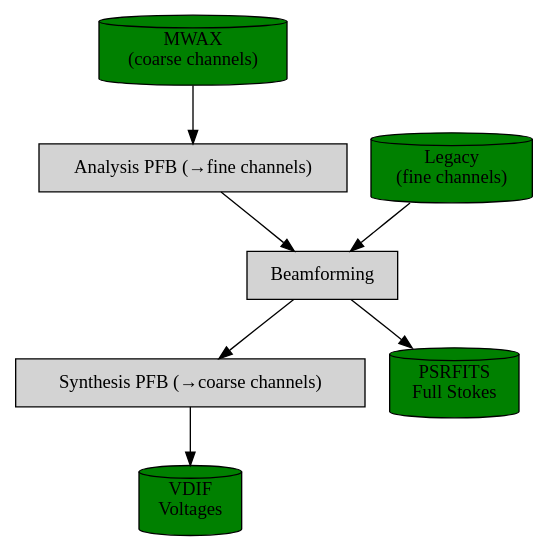
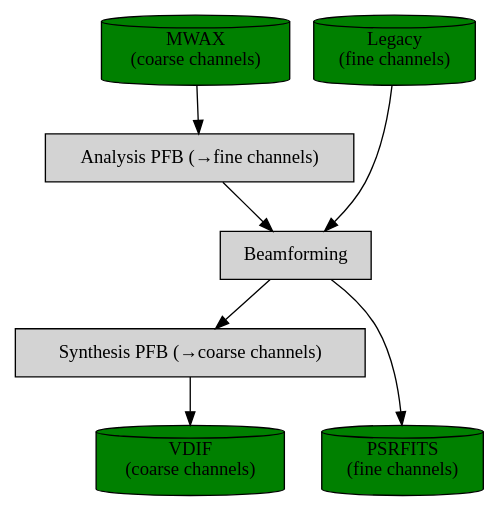
The diagram in doc/images/channelisation.dot (CIRA-Pulsars-and-Transients-Group/vcsbeam), drawn with Graphviz before and after one commit. The commit also changed 4 other files, not shown here.

```diff
--- a/doc/images/channelisation.dot
+++ b/doc/images/channelisation.dot
@@ -1,18 +1,21 @@
 digraph overview {
     node [ shape=cylinder, style="filled" ];
 
     mwax [ label="MWAX\n(coarse channels)", fillcolor=green ];
     legacy [ label="Legacy\n(fine channels)", fillcolor=green ];
     forwardpfb [ label="Analysis PFB (&rarr;fine channels)", shape=record ];
     inversepfb [ label="Synthesis PFB (&rarr;coarse channels)", shape=record ];
-    psrfits [ label="PSRFITS\nFull Stokes", fillcolor=green ];
-    vdif [ label="VDIF\nVoltages", fillcolor=green ];
+    psrfits [ label="PSRFITS\n(fine channels)", fillcolor=green ];
+    vdif [ label="VDIF\n(coarse channels)", fillcolor=green ];
     beamforming [ label="Beamforming", shape=record ];
 
     mwax -> forwardpfb;
     forwardpfb -> beamforming;
     legacy -> beamforming;
     beamforming -> psrfits;
     beamforming -> inversepfb;
     inversepfb -> vdif;
+
+    { rank=same; mwax; legacy; }
+    { rank=same; vdif; psrfits; }
 }
```
